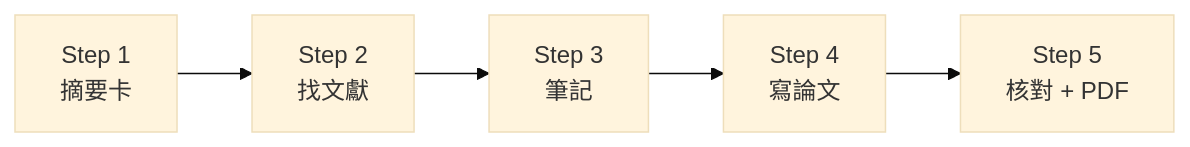
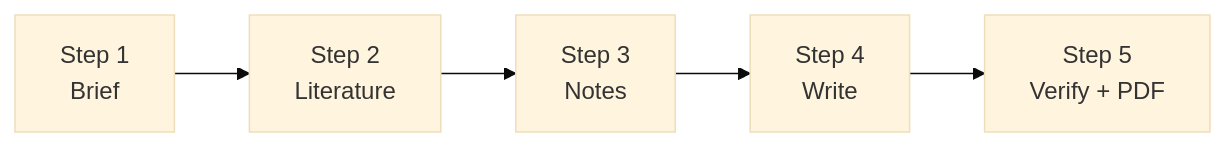
Before and after one commit to gemini960114/ai-workshop-research: the diagram in 06-ai-workshop-research-papers/README.md, drawn with Mermaid (base theme). The commit also changed other lines of this file and 28 other files, not shown here.

````diff
--- a/06-ai-workshop-research-papers/README.md
+++ b/06-ai-workshop-research-papers/README.md
@@ -24,7 +26,7 @@
 ```mermaid
 flowchart LR
-    A["Step 1<br>摘要卡"] --> B["Step 2<br>找文獻"]
-    B --> C["Step 3<br>筆記"]
-    C --> D["Step 4<br>寫論文"]
-    D --> E["Step 5<br>核對 + PDF"]
+    A["Step 1<br>Brief"] --> B["Step 2<br>Literature"]
+    B --> C["Step 3<br>Notes"]
+    C --> D["Step 4<br>Write"]
+    D --> E["Step 5<br>Verify + PDF"]
 ```
````
